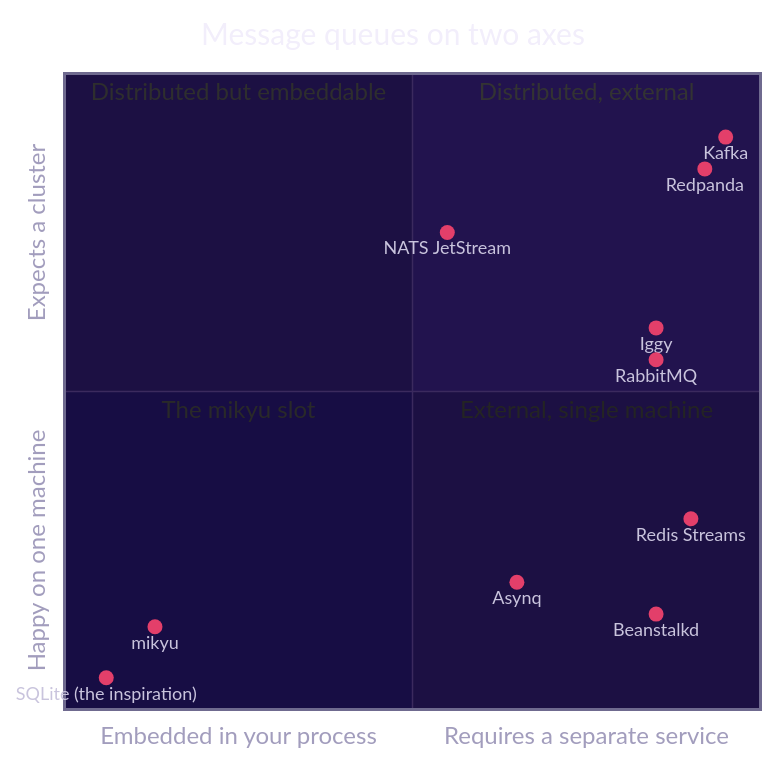
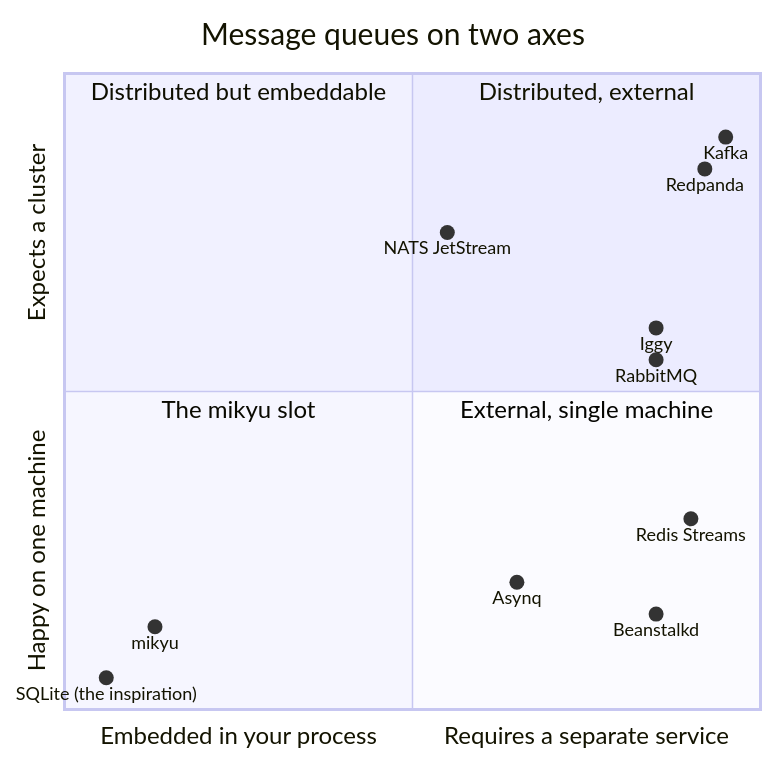
The first of 15 diagrams in ARCHITECTURE.md (dmunish/mikyu), drawn with Mermaid before and after one commit. The commit also changed other lines of this file, not shown here.

Commit message:
[docs] ARCHITECTURE: remove theming

````diff
--- a/ARCHITECTURE.md
+++ b/ARCHITECTURE.md
@@ -57,38 +57,25 @@
 ```mermaid
 ---
 config:
-  theme: base
   themeVariables:
-    background: "#170d44"
     fontFamily: "IBM Plex Mono, monospace"
-    quadrant1Fill: "#22134e"
-    quadrant2Fill: "#1c1043"
-    quadrant3Fill: "#170d44"
-    quadrant4Fill: "#1c1043"
-    quadrantPointFill: "#e33f6a"
-    quadrantPointTextFill: "#c9c4dd"
-    quadrantXAxisTextFill: "#a29dbd"
-    quadrantYAxisTextFill: "#a29dbd"
-    quadrantTitleFill: "#f2eefb"
-    quadrantInternalBorderStrokeFill: "#3b2a5e"
-    quadrantExternalBorderStrokeFill: "#6f6a8f"
 ---
 quadrantChart
     title Message queues on two axes
     x-axis Embedded in your process --> Requires a separate service
     y-axis Happy on one machine --> Expects a cluster
     quadrant-1 Distributed, external
     quadrant-2 Distributed but embeddable
     quadrant-3 The mikyu slot
     quadrant-4 External, single machine
     "SQLite (the inspiration)": [0.06, 0.05]
     "mikyu": [0.13, 0.13]
     "Asynq": [0.65, 0.20]
     "Beanstalkd": [0.85, 0.15]
     "Redis Streams": [0.90, 0.30]
     "RabbitMQ": [0.85, 0.55]
     "Iggy": [0.85, 0.60]
     "NATS JetStream": [0.55, 0.75]
     "Redpanda": [0.92, 0.85]
     "Kafka": [0.95, 0.90]
 ```
````
